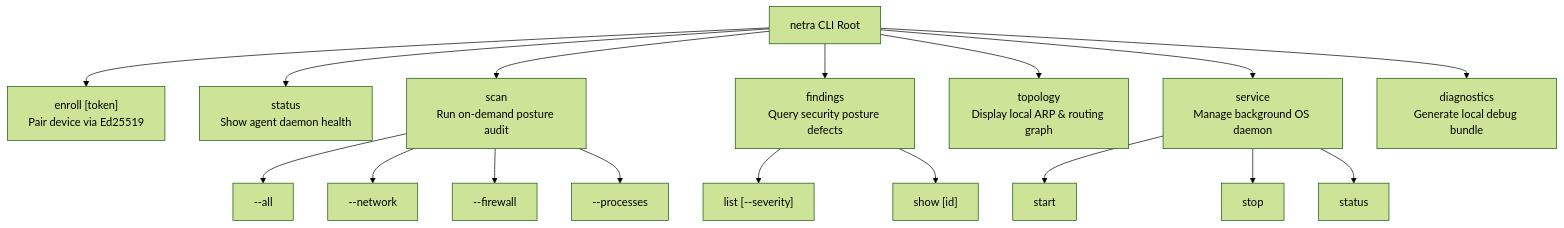
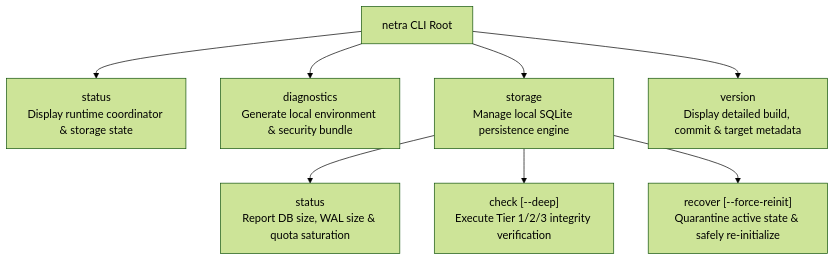
Before and after one commit to Subhadip-Paul2006/NETRA-Backend: the first of 2 diagrams in docs/UI_UX.md, drawn with Mermaid (forest theme). The commit also changed other lines of this file and 52 other files, not shown here.

````diff
--- a/docs/UI_UX.md
+++ b/docs/UI_UX.md
@@ -38,24 +40,13 @@
 ```mermaid
 flowchart TD
     netra["netra CLI Root"]
 
-    netra --> enroll["enroll [token]<br/>Pair device via Ed25519"]
-    netra --> status["status<br/>Show agent daemon health"]
-    netra --> scan["scan<br/>Run on-demand posture audit"]
-    netra --> findings["findings<br/>Query security posture defects"]
-    netra --> topology["topology<br/>Display local ARP & routing graph"]
-    netra --> service["service<br/>Manage background OS daemon"]
-    netra --> diag["diagnostics<br/>Generate local debug bundle"]
+    netra --> status["status<br/>Display runtime coordinator & storage state"]
+    netra --> diag["diagnostics<br/>Generate local environment & security bundle"]
+    netra --> storage["storage<br/>Manage local SQLite persistence engine"]
+    netra --> version["version<br/>Display detailed build, commit & target metadata"]
 
-    scan --> scan_all["--all"]
-    scan --> scan_net["--network"]
-    scan --> scan_fw["--firewall"]
-    scan --> scan_proc["--processes"]
-
-    findings --> fnd_list["list [--severity]"]
-    findings --> fnd_show["show [id]"]
-
-    service --> svc_start["start"]
-    service --> svc_stop["stop"]
-    service --> svc_status["status"]
+    storage --> st_status["status<br/>Report DB size, WAL size & quota saturation"]
+    storage --> st_check["check [--deep]<br/>Execute Tier 1/2/3 integrity verification"]
+    storage --> st_recover["recover [--force-reinit]<br/>Quarantine active state & safely re-initialize"]
 ```
````
